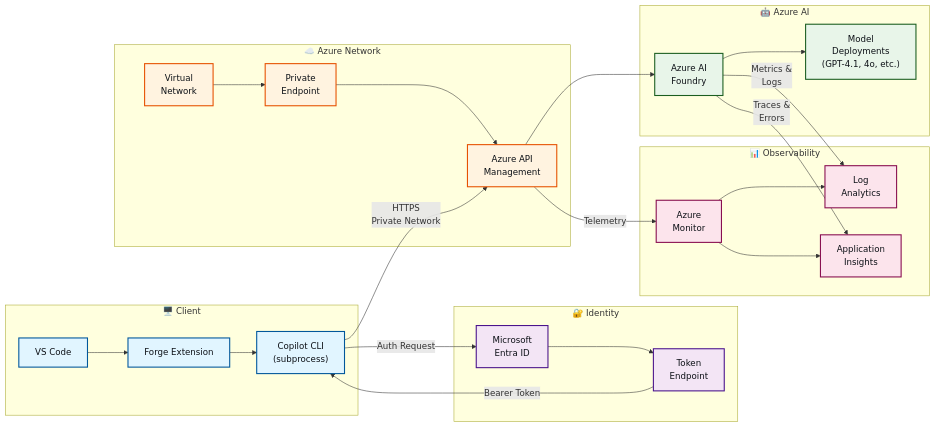
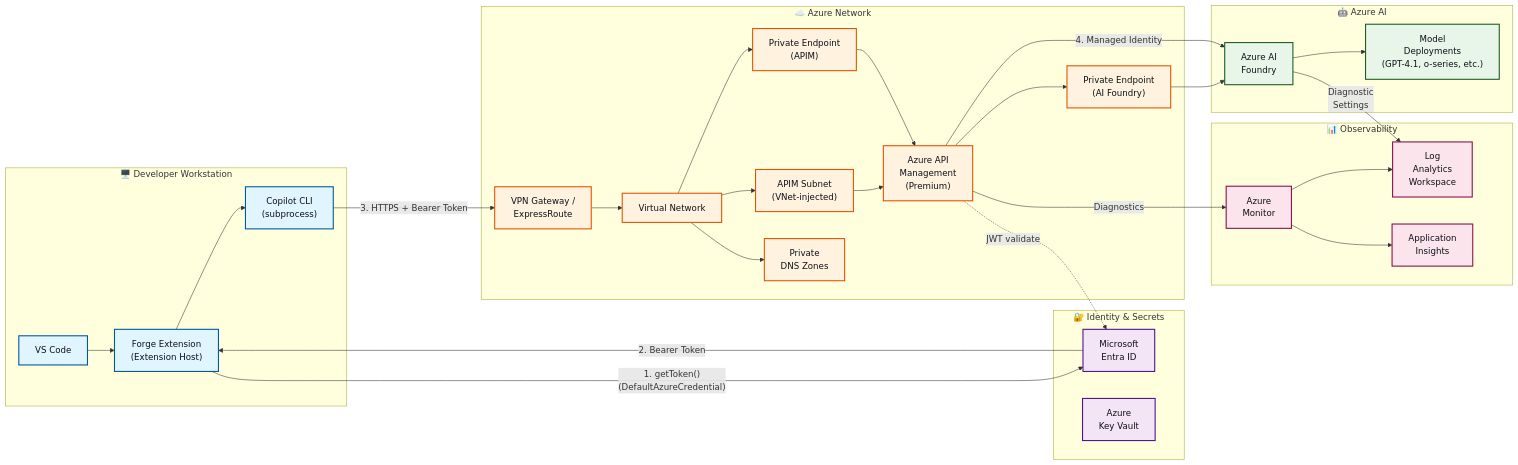
Before and after one commit to robpitcher/forge: the diagram in docs/enterprise-architecture.md, drawn with Mermaid. The commit also changed other lines of this file, not shown here.

Commit message:
fix: route CLI traffic through VPN gateway in enterprise diagram

````diff
--- a/docs/enterprise-architecture.md
+++ b/docs/enterprise-architecture.md
@@ -7,58 +7,67 @@
 ```mermaid
 graph LR
-    subgraph Client["🖥️ Client"]
+    subgraph Client["🖥️ Developer Workstation"]
         VSCode["VS Code"]
-        ForgeExt["Forge Extension"]
+        ForgeExt["Forge Extension<br/>(Extension Host)"]
         CopilotCLI["Copilot CLI<br/>(subprocess)"]
         VSCode --> ForgeExt
         ForgeExt --> CopilotCLI
     end
 
-    subgraph Identity["🔐 Identity"]
+    subgraph Identity["🔐 Identity & Secrets"]
         EntraID["Microsoft<br/>Entra ID"]
-        TokenEndpoint["Token<br/>Endpoint"]
-        EntraID --> TokenEndpoint
+        KeyVault["Azure<br/>Key Vault"]
     end
 
     subgraph AzureNetwork["☁️ Azure Network"]
-        VNet["Virtual<br/>Network"]
-        PrivateEndpoint["Private<br/>Endpoint"]
-        APIM["Azure API<br/>Management"]
-        VNet --> PrivateEndpoint
-        PrivateEndpoint --> APIM
+        VPN["VPN Gateway /<br/>ExpressRoute"]
+        VNet["Virtual Network"]
+        APIMSubnet["APIM Subnet<br/>(VNet-injected)"]
+        APIM["Azure API<br/>Management<br/>(Premium)"]
+        PEAPIM["Private Endpoint<br/>(APIM)"]
+        PEAI["Private Endpoint<br/>(AI Foundry)"]
+        PrivateDNS["Private<br/>DNS Zones"]
+        VPN --> VNet
+        VNet --> APIMSubnet
+        APIMSubnet --> APIM
+        VNet --> PEAPIM
+        PEAPIM --> APIM
+        APIM --> PEAI
+        VNet --> PrivateDNS
     end
 
     subgraph AzureAI["🤖 Azure AI"]
         AIFoundry["Azure AI<br/>Foundry"]
-        Models["Model<br/>Deployments<br/>(GPT-4.1, 4o, etc.)"]
-        APIM --> AIFoundry
+        Models["Model<br/>Deployments<br/>(GPT-4.1, o-series, etc.)"]
+        PEAI --> AIFoundry
         AIFoundry --> Models
     end
 
     subgraph Observability["📊 Observability"]
         Monitor["Azure<br/>Monitor"]
-        LogAnalytics["Log<br/>Analytics"]
+        LogAnalytics["Log<br/>Analytics<br/>Workspace"]
         AppInsights["Application<br/>Insights"]
         Monitor --> LogAnalytics
         Monitor --> AppInsights
     end
 
-    CopilotCLI -->|"HTTPS<br/>Private Network"| APIM
-    TokenEndpoint -->|"Bearer Token"| CopilotCLI
-    CopilotCLI -->|"Auth Request"| EntraID
-    APIM -->|"Telemetry"| Monitor
-    AIFoundry -->|"Metrics &<br/>Logs"| LogAnalytics
-    AIFoundry -->|"Traces &<br/>Errors"| AppInsights
+    ForgeExt -->|"1. getToken()<br/>(DefaultAzureCredential)"| EntraID
+    EntraID -->|"2. Bearer Token"| ForgeExt
+    CopilotCLI -->|"3. HTTPS + Bearer Token"| VPN
+    APIM -->|"4. Managed Identity"| AIFoundry
+    APIM -.->|"JWT validate"| EntraID
+    APIM -->|"Diagnostics"| Monitor
+    AIFoundry -->|"Diagnostic<br/>Settings"| LogAnalytics
 
     classDef client fill:#e1f5ff,stroke:#01579b,stroke-width:2px,color:#0d1117
     classDef identity fill:#f3e5f5,stroke:#4a148c,stroke-width:2px,color:#0d1117
     classDef network fill:#fff3e0,stroke:#e65100,stroke-width:2px,color:#0d1117
     classDef ai fill:#e8f5e9,stroke:#1b5e20,stroke-width:2px,color:#0d1117
     classDef observability fill:#fce4ec,stroke:#880e4f,stroke-width:2px,color:#0d1117
 
     class VSCode,ForgeExt,CopilotCLI client
-    class EntraID,TokenEndpoint identity
-    class VNet,PrivateEndpoint,APIM network
+    class EntraID,KeyVault identity
+    class VPN,VNet,APIMSubnet,APIM,PEAPIM,PEAI,PrivateDNS network
     class AIFoundry,Models ai
     class Monitor,LogAnalytics,AppInsights observability
 ```
````
